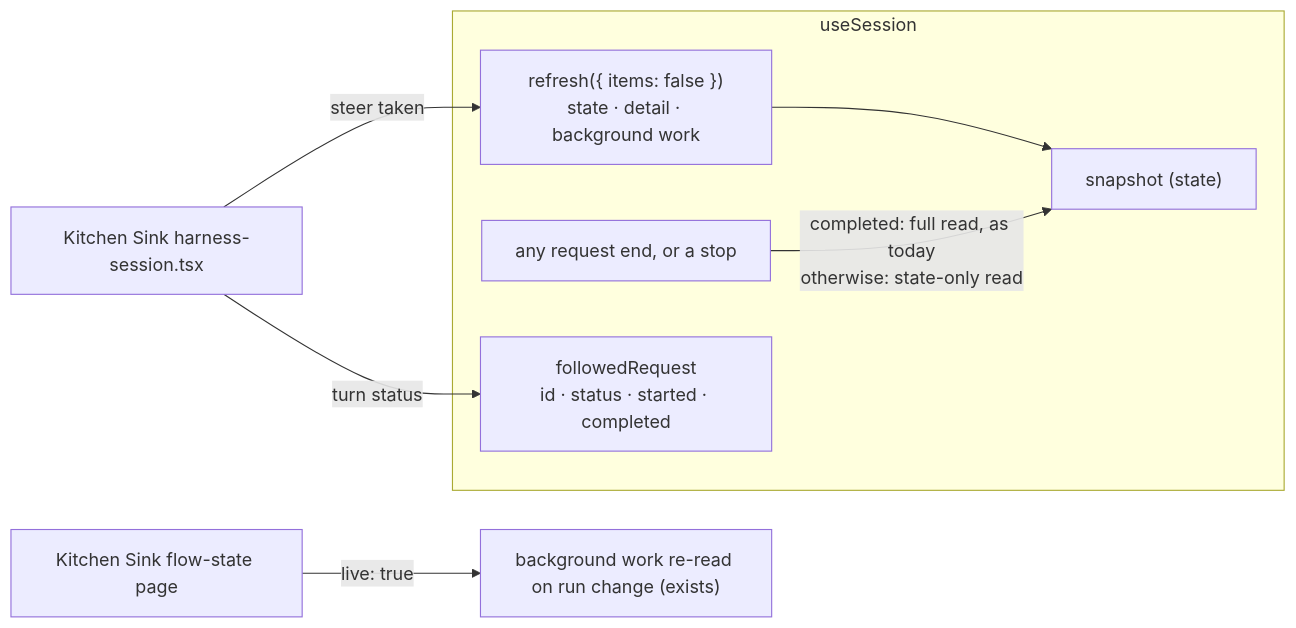
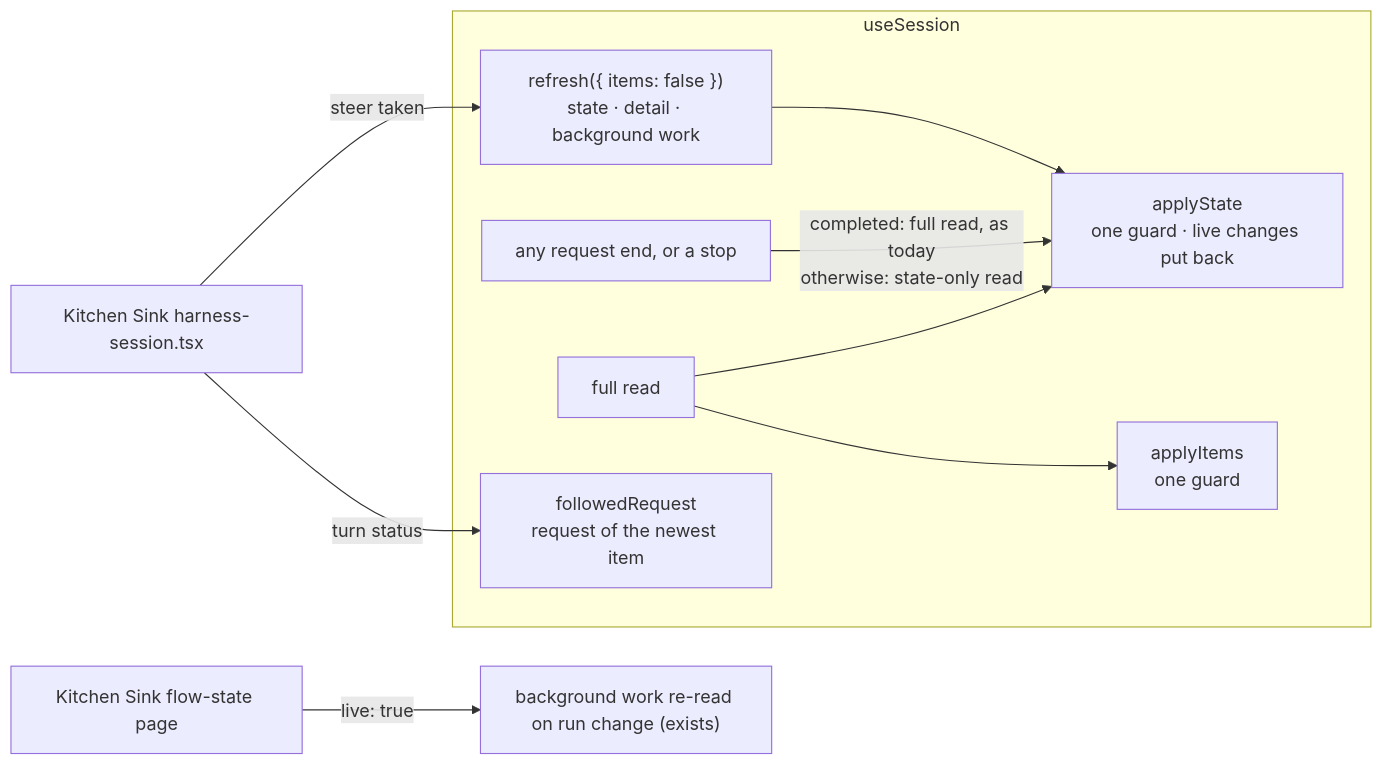
The diagram in specs/issues/FIX-2410/SPEC.md (fixpoint-labs/flow-state-dev), drawn with Mermaid before and after one commit. The commit also changed other lines of this file and 1 other file, not shown here.

````diff
--- a/specs/issues/FIX-2410/SPEC.md
+++ b/specs/issues/FIX-2410/SPEC.md
@@ -29,11 +30,13 @@
 ```mermaid
 flowchart LR
   subgraph react["useSession"]
-    R["refresh({ items: false })<br/>state · detail · background work"] --> S["snapshot (state)"]
-    T["any request end, or a stop"] -->|"completed: full read, as today<br/>otherwise: state-only read"| S
-    F["followedRequest<br/>id · status · started · completed"]
+    R["refresh({ items: false })<br/>state · detail · background work"] --> AS["applyState<br/>one guard · live changes put back"]
+    T["any request end, or a stop"] -->|"completed: full read, as today<br/>otherwise: state-only read"| AS
+    FR["full read"] --> AS
+    FR --> AI["applyItems<br/>one guard"]
+    F["followedRequest<br/>request of the newest item"]
   end
   KS["Kitchen Sink harness-session.tsx"] -->|"steer taken"| R
   KS -->|"turn status"| F
   P["Kitchen Sink flow-state page"] -->|"live: true"| L["background work re-read on run change (exists)"]
 ```
````
